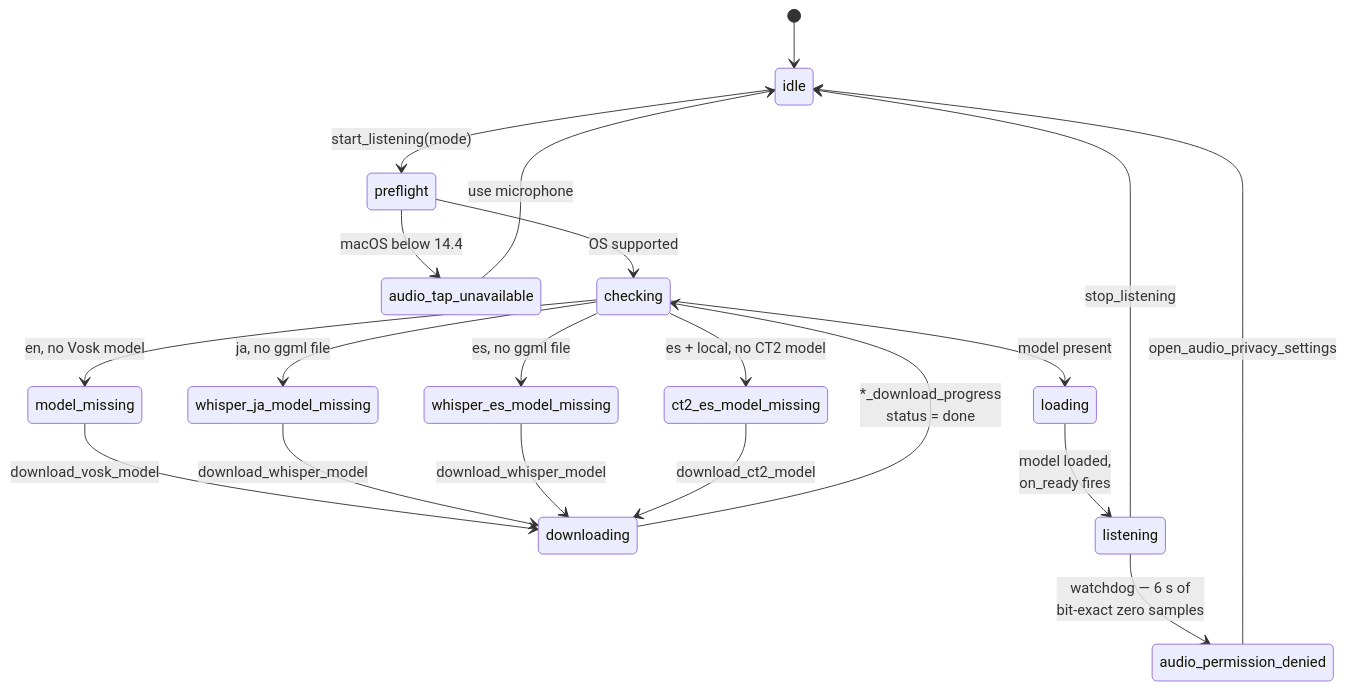
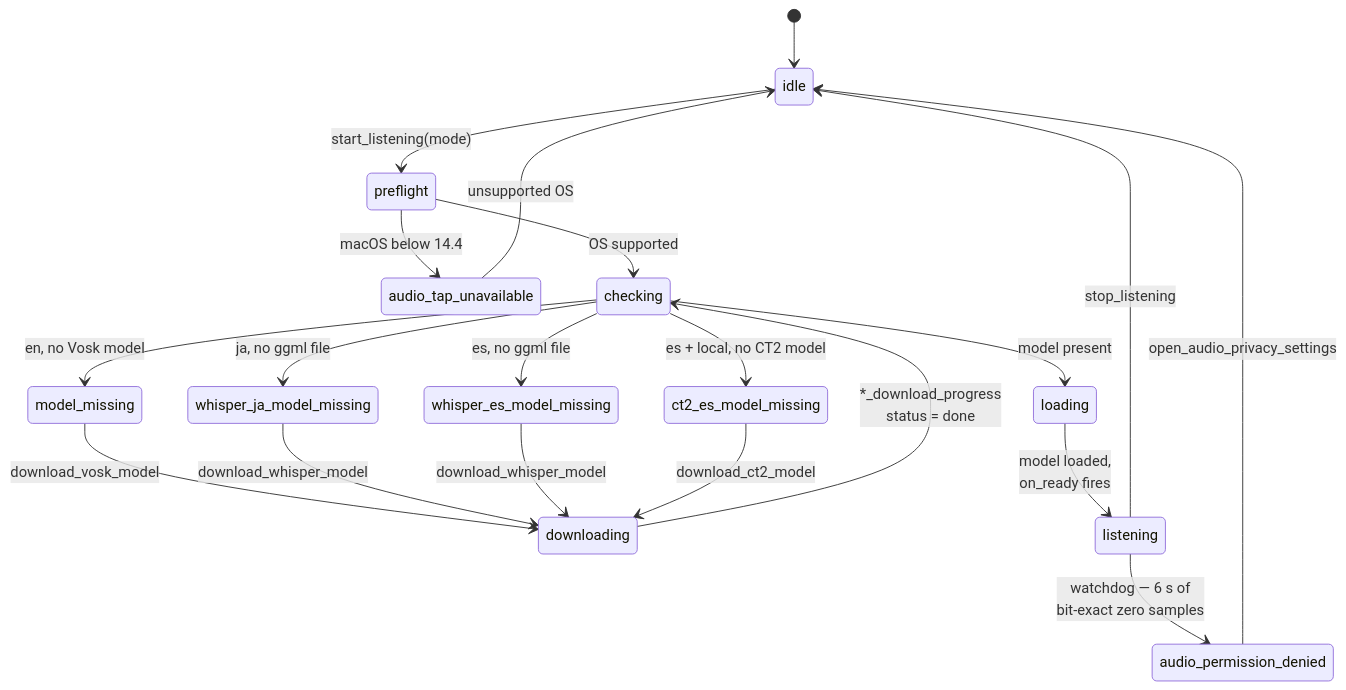
One commit to Pager-dot/vid_translate changed the third of 4 diagrams in README.md. Above: the diagram before and after it, drawn with Mermaid. The commit also changed other lines of this file and 7 other files, not shown here.

First line of the commit message:
feat(audio): remove the microphone fallback

````diff
--- a/README.md
+++ b/README.md
@@ -235,27 +233,27 @@
 ```mermaid
 stateDiagram-v2
     [*] --> idle
     idle --> preflight: start_listening(mode)
 
     preflight --> audio_tap_unavailable: macOS below 14.4
     preflight --> checking: OS supported
 
     checking --> model_missing: en, no Vosk model
     checking --> whisper_ja_model_missing: ja, no ggml file
     checking --> whisper_es_model_missing: es, no ggml file
     checking --> ct2_es_model_missing: es + local, no CT2 model
     checking --> loading: model present
 
     model_missing --> downloading: download_vosk_model
     whisper_ja_model_missing --> downloading: download_whisper_model
     whisper_es_model_missing --> downloading: download_whisper_model
     ct2_es_model_missing --> downloading: download_ct2_model
 
     downloading --> checking: *_download_progress<br/>status = done
 
     loading --> listening: model loaded,<br/>on_ready fires
     listening --> audio_permission_denied: watchdog — 6 s of<br/>bit-exact zero samples
     listening --> idle: stop_listening
     audio_permission_denied --> idle: open_audio_privacy_settings
-    audio_tap_unavailable --> idle: use microphone
+    audio_tap_unavailable --> idle: unsupported OS
 ```
````
